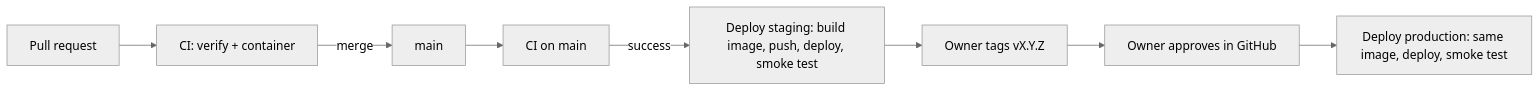
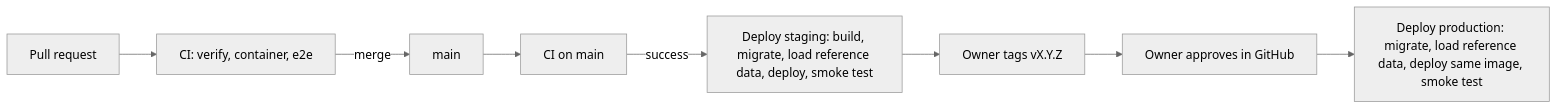
The diagram in docs/runbook.md (surendar0101/argiva), drawn with Mermaid (neutral theme) before and after one commit. The commit also changed other lines of this file and 73 other files, not shown here.

````diff
--- a/docs/runbook.md
+++ b/docs/runbook.md
@@ -207,10 +244,10 @@
 ```mermaid
 flowchart LR
-  PR[Pull request] --> CI1[CI: verify + container]
+  PR[Pull request] --> CI1[CI: verify, container, e2e]
   CI1 -->|merge| Main[main]
   Main --> CI2[CI on main]
-  CI2 -->|success| Stg[Deploy staging: build image, push, deploy, smoke test]
+  CI2 -->|success| Stg[Deploy staging: build, migrate, load reference data, deploy, smoke test]
   Stg --> Tag[Owner tags vX.Y.Z]
   Tag --> Approve[Owner approves in GitHub]
-  Approve --> Prod[Deploy production: same image, deploy, smoke test]
+  Approve --> Prod[Deploy production: migrate, load reference data, deploy same image, smoke test]
 ```
````
